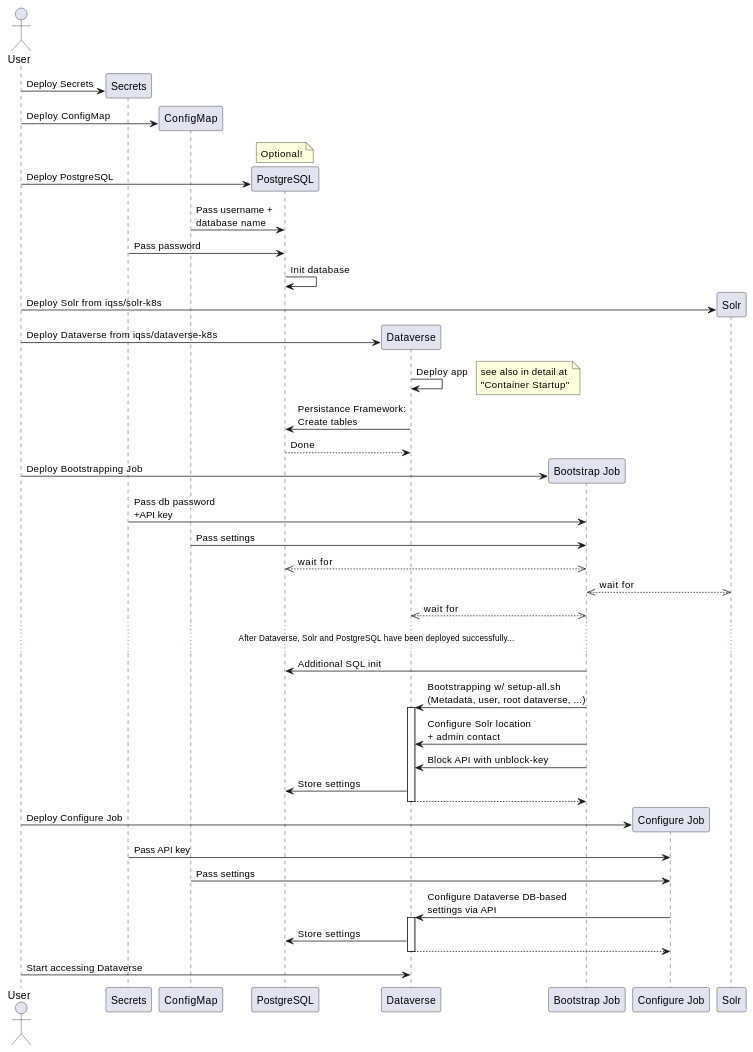
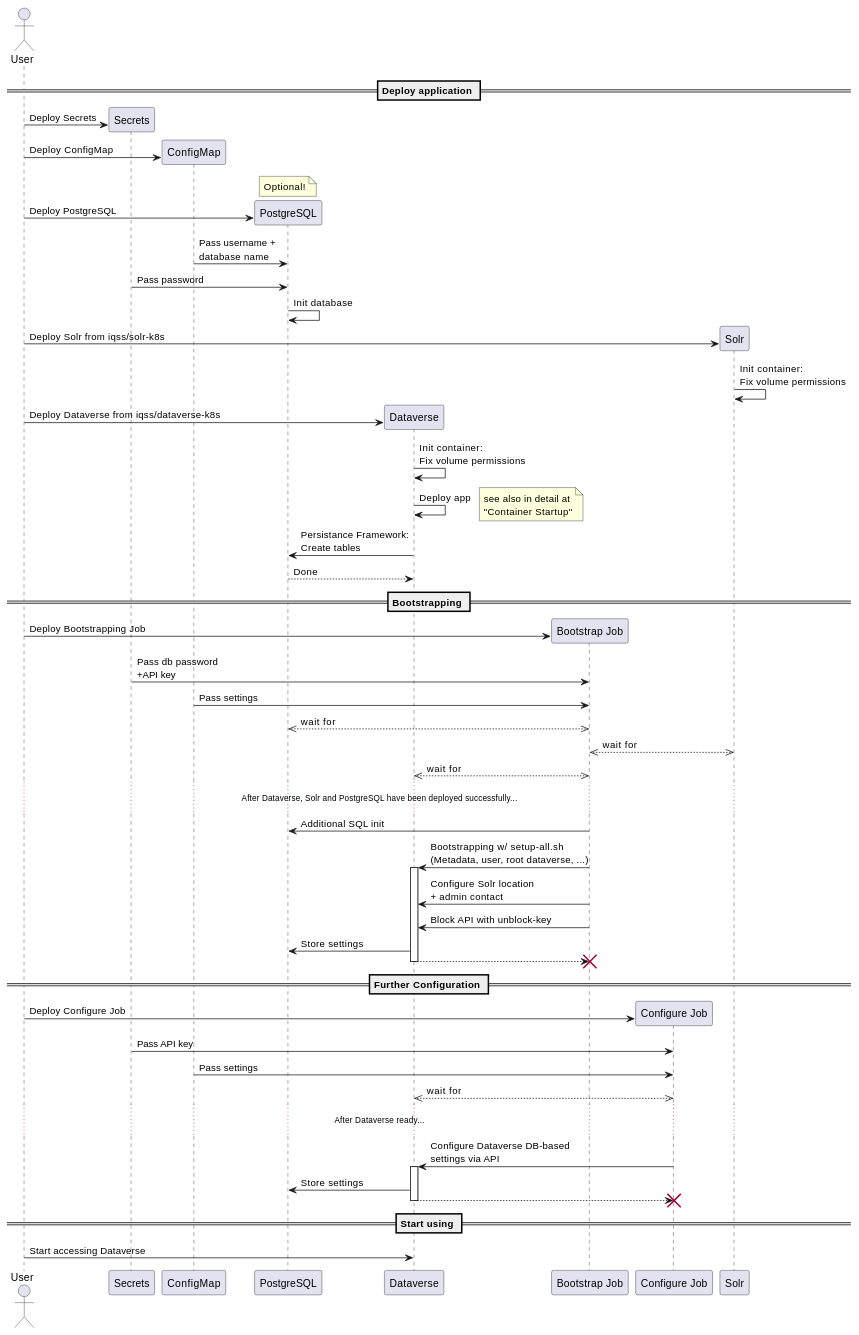
One commit to HyperSpec-FDM/dataverse-kubernetes changed the first of 2 diagrams in docs/how-it-works.md. Above: the diagram before and after it, drawn with PlantUML.

Commit message:
Solves #52. Enhancing and fixing some blurs in the inner working UML diagram.

```diff
--- a/docs/how-it-works.md
+++ b/docs/how-it-works.md
@@ -26,59 +26,70 @@
   @startuml
   actor User
   participant "Secrets" as S
   participant "ConfigMap" as CM
   participant "PostgreSQL" as P
   participant "Dataverse" as D
   participant "Bootstrap Job" as BJ
   participant "Configure Job" as CJ
+  participant "Solr"
 
-  participant "Solr"
+  == Deploy application ==
 
   create S
   User -> S: Deploy Secrets
   create CM
   User -> CM: Deploy ConfigMap
   note over P: Optional!
   create P
   User -> P: Deploy PostgreSQL
   CM -> P: Pass username +\ndatabase name
   S -> P: Pass password
   P -> P: Init database
 
   create Solr
   User -> Solr: Deploy Solr from iqss/solr-k8s
+  Solr -> Solr: Init container:\nFix volume permissions
 
   create D
   User -> D: Deploy Dataverse from iqss/dataverse-k8s
+  D -> D: Init container:\nFix volume permissions
   D -> D: Deploy app
   note right: see also in detail at\n"Container Startup"
   D -> P: Persistance Framework:\nCreate tables
   P --> D: Done
+
+  == Bootstrapping ==
 
   create BJ
   User -> BJ: Deploy Bootstrapping Job
   S -> BJ: Pass db password\n+API key
   CM -> BJ: Pass settings
   BJ <<-->> P: wait for
   BJ <<-->> Solr: wait for
   BJ <<-->> D: wait for
   ...After Dataverse, Solr and PostgreSQL have been deployed successfully......
   BJ -> P: Additional SQL init
   BJ -> D: Bootstrapping w/ setup-all.sh\n(Metadata, user, root dataverse, ...)
   activate D
   BJ -> D: Configure Solr location\n+ admin contact
   BJ -> D: Block API with unblock-key
   D -> P: Store settings
   return
+  destroy BJ
 
+  == Further Configuration ==
   create CJ
   User -> CJ: Deploy Configure Job
   S -> CJ: Pass API key
   CM -> CJ: Pass settings
+  CJ <<-->> D: wait for
+  ...After Dataverse ready......
   CJ -> D: Configure Dataverse DB-based\nsettings via API
   activate D
   D -> P: Store settings
   return
+  destroy CJ
 
+  == Start using ==
   User -> D: Start accessing Dataverse
   @enduml
```
